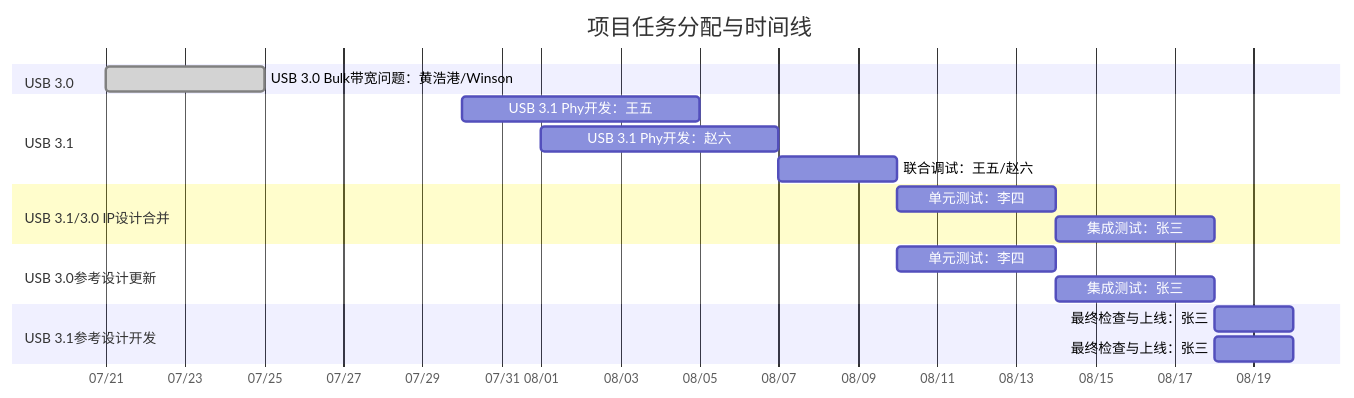
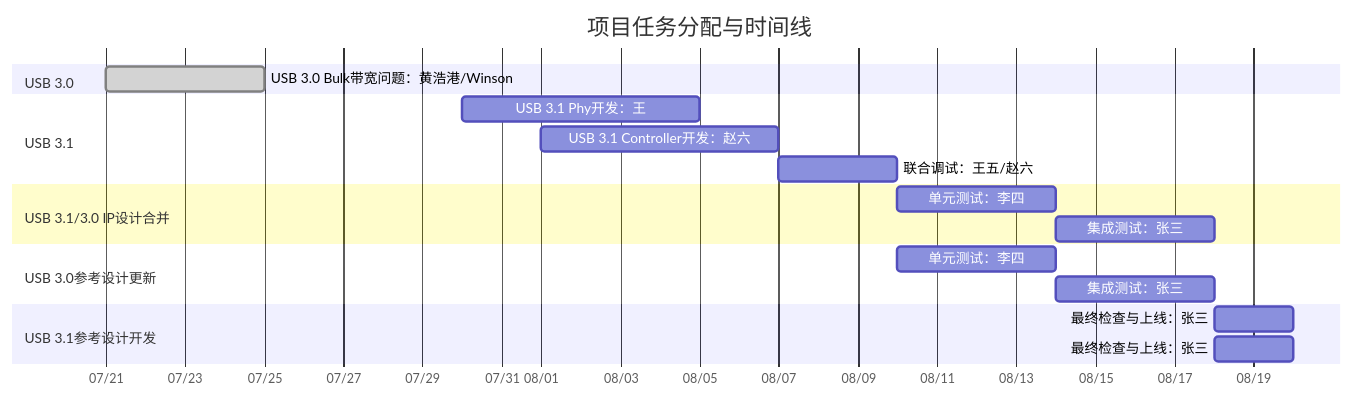
Before and after one commit to winsonbook/iodraw-files: the diagram in all/未命名.md, drawn with Mermaid.

Commit message:
2025-07-21 09:43:31 update

````diff
--- a/all/未命名.md
+++ b/all/未命名.md
@@ -1,29 +1,29 @@
 ```mermaid
 gantt
     title 项目任务分配与时间线
     dateFormat  YYYY-MM-DD
     axisFormat  %m/%d
 
     section USB 3.0
     USB 3.0 Bulk带宽问题：黄浩港/Winson   :done,    task1, 2025-07-21, 4d
 
     section USB 3.1
-    USB 3.1 Phy开发：王五      :         task3, 2025-07-30, 6d
-    USB 3.1 Phy开发：赵六      :         task4, 2025-08-01, 6d
+    USB 3.1 Phy开发：王      :         task3, 2025-07-30, 6d
+    USB 3.1 Controller开发：赵六      :         task4, 2025-08-01, 6d
     联合调试：王五/赵六  :         task5, 2025-08-07, 3d
 
     section USB 3.1/3.0 IP设计合并
     单元测试：李四       :         task6, 2025-08-10, 4d
     集成测试：张三       :         task7, 2025-08-14, 4d
 
     section USB 3.0参考设计更新
     单元测试：李四       :         task6, 2025-08-10, 4d
     集成测试：张三       :         task7, 2025-08-14, 4d
 
     section USB 3.1参考设计开发
     最终检查与上线：张三 :         task8, 2025-08-18, 2d
 
     section USB 3.1参考设计开发
     最终检查与上线：张三 :         task8, 2025-08-18, 2d
 
 ```
````
